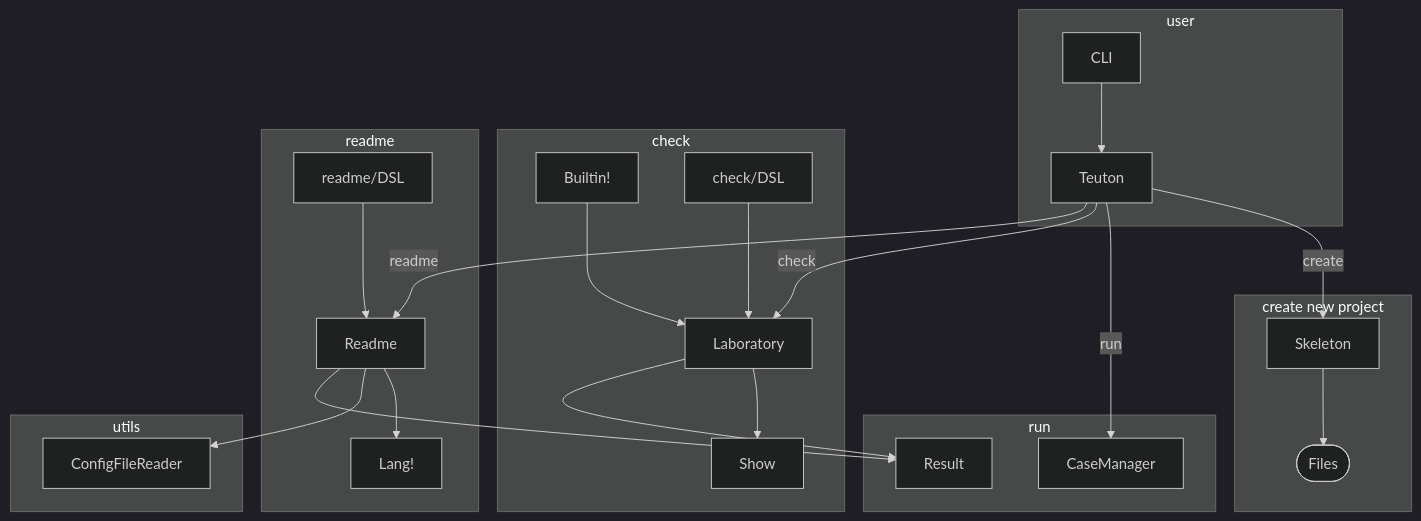
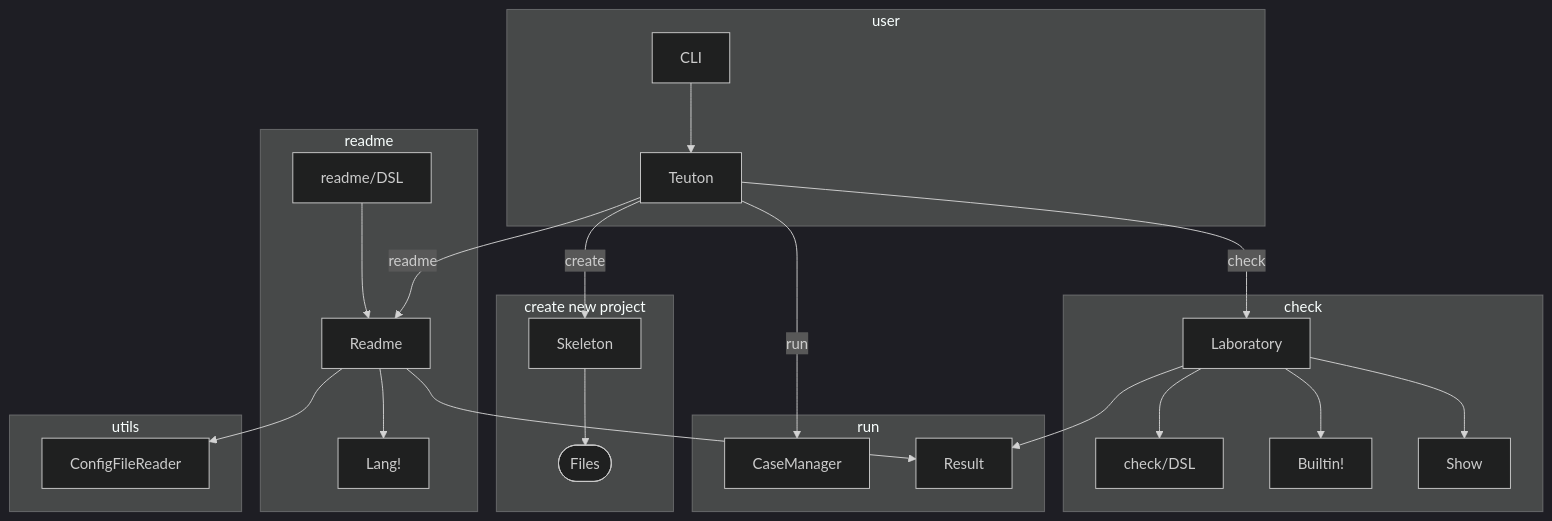
The diagram in docs/diagram.md (teuton-software/teuton), drawn with Mermaid (dark theme) before and after one commit.

````diff
--- a/docs/diagram.md
+++ b/docs/diagram.md
@@ -5,39 +5,39 @@
 ```mermaid
 flowchart TB
 
 subgraph user
   CLI --> Teuton
 end
 
 subgraph "create new project"
   Teuton -- create --> Skeleton
   Skeleton --> Files([Files])
 end
 
 subgraph run
   Teuton -- run --> CaseManager
   Result
 end
 
 
 subgraph check
   Teuton -- check --> Laboratory
 
-  Builtin! --> Laboratory
-  check/DSL --> Laboratory
-  Laboratory --> Show  
+  Laboratory --> check/DSL
+  Laboratory --> Builtin!
+  Laboratory --> Show
   Laboratory --> Result
 end
 
 subgraph readme
   Teuton -- readme --> Readme
 
   readme/DSL --> Readme
   Readme --> Lang!  
 end
 
 subgraph utils
   Readme --> ConfigFileReader
   Readme --> Result
 end
 ```
````
